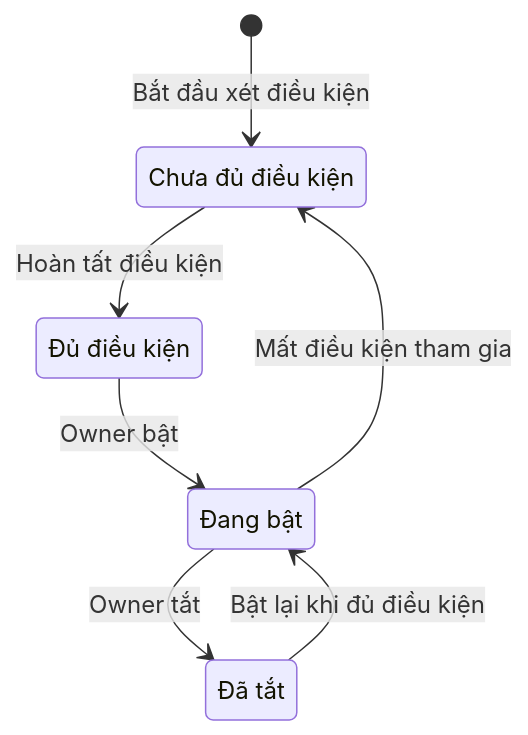
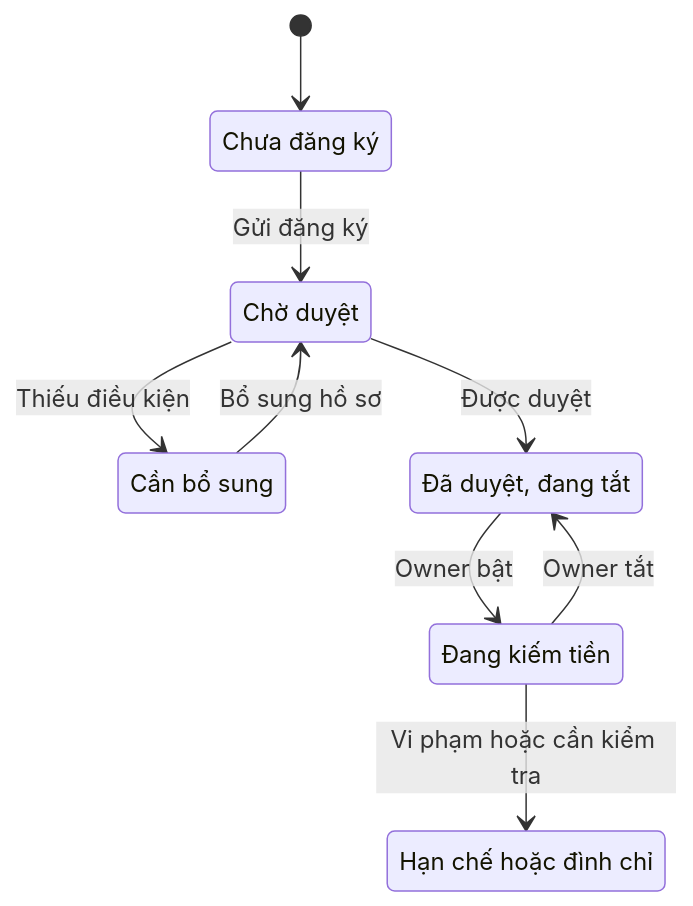
One commit to vlink-group/VlinkPay changed the fourth of 5 diagrams in nexora/docs/business/business-oneqr-earnings.md. Above: the diagram before and after it, drawn with Mermaid. The commit also changed other lines of this file, not shown here.

````diff
--- a/nexora/docs/business/business-oneqr-earnings.md
+++ b/nexora/docs/business/business-oneqr-earnings.md
@@ -279,13 +197,17 @@
 ```mermaid
 stateDiagram-v2
-    state "Chưa đủ điều kiện" as Ineligible
-    state "Đủ điều kiện" as Eligible
-    state "Đang bật" as Enabled
-    state "Đã tắt" as Disabled
-    [*] --> Ineligible : Bắt đầu xét điều kiện
-    Ineligible --> Eligible : Hoàn tất điều kiện
-    Eligible --> Enabled : Owner bật
-    Enabled --> Disabled : Owner tắt
-    Disabled --> Enabled : Bật lại khi đủ điều kiện
-    Enabled --> Ineligible : Mất điều kiện tham gia
+    state "Chưa đăng ký" as New
+    state "Chờ duyệt" as Review
+    state "Cần bổ sung" as Missing
+    state "Đã duyệt, đang tắt" as Approved
+    state "Đang kiếm tiền" as Enabled
+    state "Hạn chế hoặc đình chỉ" as Restricted
+    [*] --> New
+    New --> Review : Gửi đăng ký
+    Review --> Missing : Thiếu điều kiện
+    Missing --> Review : Bổ sung hồ sơ
+    Review --> Approved : Được duyệt
+    Approved --> Enabled : Owner bật
+    Enabled --> Approved : Owner tắt
+    Enabled --> Restricted : Vi phạm hoặc cần kiểm tra
 ```
````
